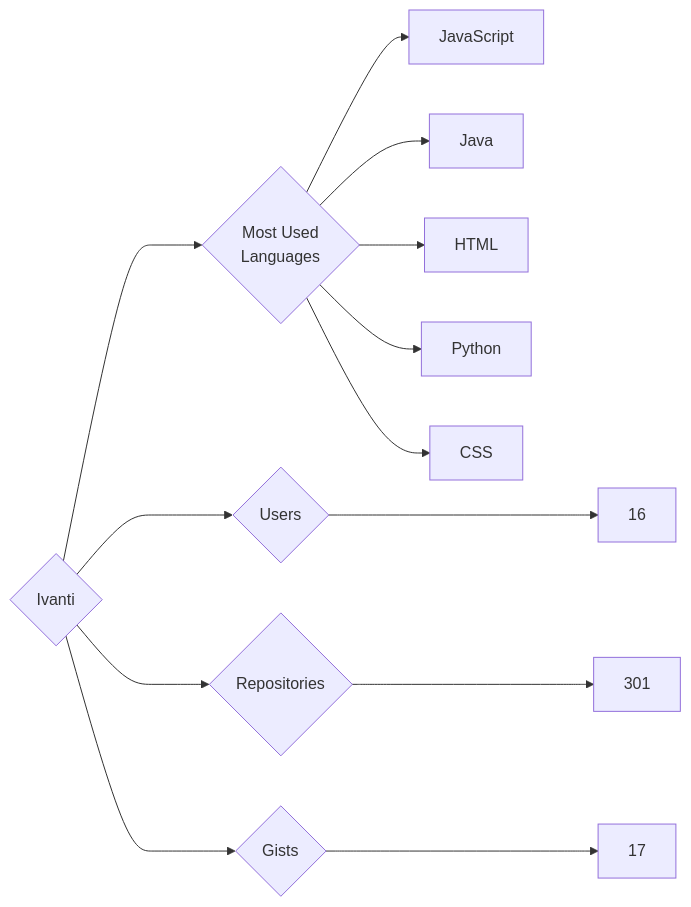
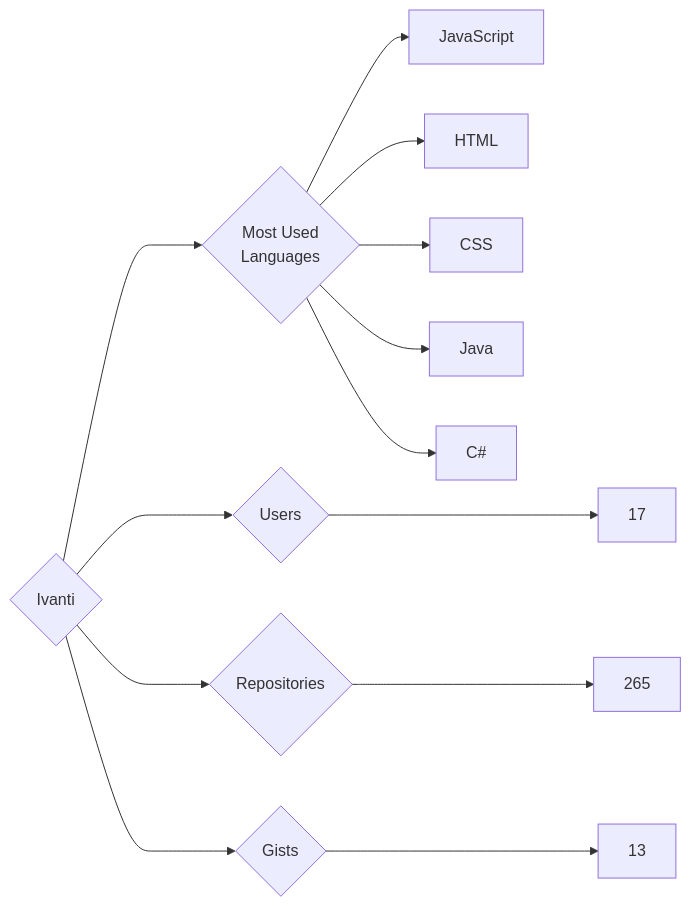
One commit to trickest/insiders changed the diagram in targets/Ivanti/README.md. Above: the diagram before and after it, drawn with Mermaid. The commit also changed 870 other files, not shown here.

````diff
--- a/targets/Ivanti/README.md
+++ b/targets/Ivanti/README.md
@@ -3,13 +3,13 @@
 ```mermaid
 graph LR
 COMPANY_NAME{Ivanti}
-COMPANY_NAME ---> U{Users} ---> UN[16]
-COMPANY_NAME ---> R{Repositories} ---> RN[301]
-COMPANY_NAME ---> G{Gists} ---> GN[17]
+COMPANY_NAME ---> U{Users} ---> UN[17]
+COMPANY_NAME ---> R{Repositories} ---> RN[265]
+COMPANY_NAME ---> G{Gists} ---> GN[13]
 COMPANY_NAME ---> ML{Most Used<br>Languages}
 ML --> JavaScript[JavaScript]
+ML --> HTML[HTML]
+ML --> CSS[CSS]
 ML --> Java[Java]
-ML --> HTML[HTML]
-ML --> Python[Python]
-ML --> CSS[CSS]
+ML --> C#[C#]
 ```
````
